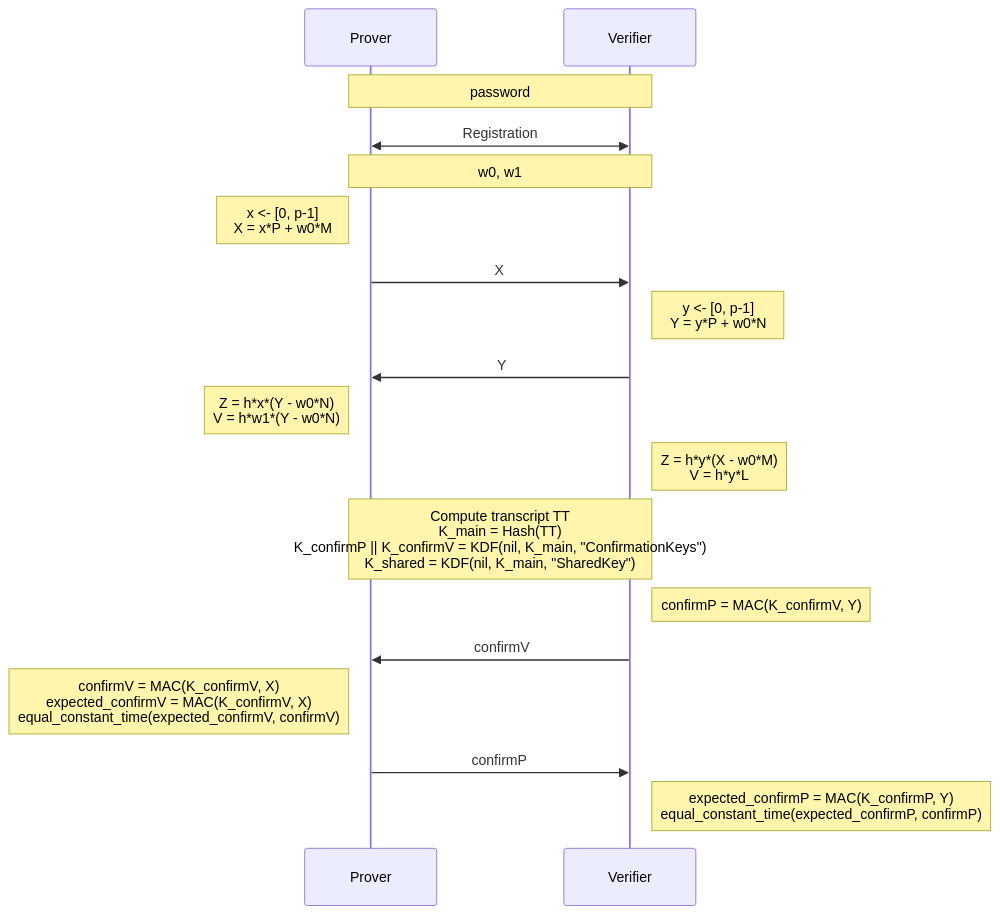
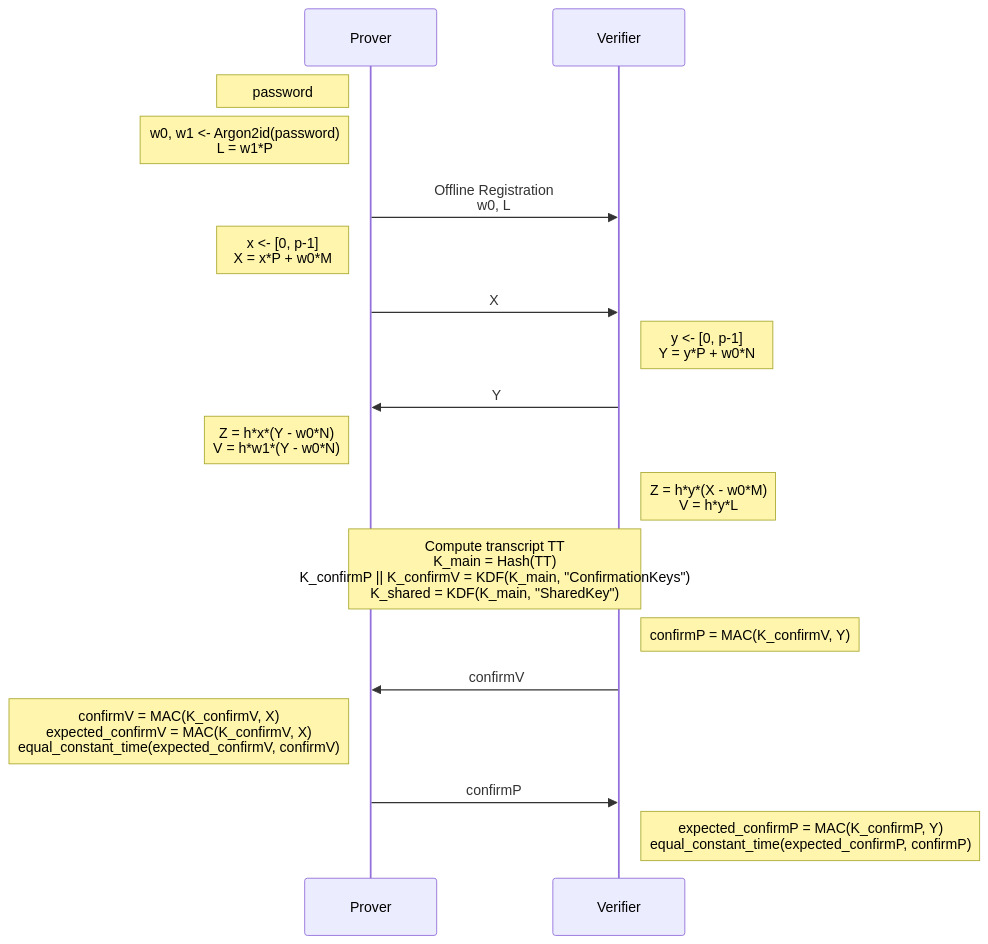
Before and after one commit to jiep/spake2plus: the diagram in README.md, drawn with Mermaid.

Commit message:
Fix protocol diagram. Closes #39

````diff
--- a/README.md
+++ b/README.md
@@ -35,28 +35,29 @@
 ```mermaid
 
 sequenceDiagram
     participant Prover
     participant Verifier
 
-    Note over Prover, Verifier: password
-    Prover<<->>Verifier: Registration
+    Note left of Prover: password
 
-    Note over Prover, Verifier: w0, w1
+    Note left of Prover: w0, w1 <- Argon2id(password)<br/> L = w1*P
+
+    Prover->>Verifier: Offline Registration<br/>w0, L
 
     Note left of Prover: x <- [0, p-1]<br/>X = x*P + w0*M
     Prover->>Verifier: X
     Note right of Verifier: y <- [0, p-1]<br/>Y = y*P + w0*N
     Verifier->>Prover: Y
     Note left of Prover: Z = h*x*(Y - w0*N)<br/>V = h*w1*(Y - w0*N)
     Note right of Verifier: Z = h*y*(X - w0*M)<br/>V = h*y*L
 
-    Note over Prover,Verifier: Compute transcript TT<br/>K_main = Hash(TT)<br/>K_confirmP || K_confirmV = KDF(nil, K_main, "ConfirmationKeys")<br/>K_shared = KDF(nil, K_main, "SharedKey")
+    Note over Prover,Verifier: Compute transcript TT<br/>K_main = Hash(TT)<br/>K_confirmP || K_confirmV = KDF(K_main, "ConfirmationKeys")<br/>K_shared = KDF(K_main, "SharedKey")
     
     Note right of Verifier: confirmP = MAC(K_confirmV, Y)
 
     Verifier->>Prover: confirmV
     Note left of Prover: confirmV = MAC(K_confirmV, X)<br/>expected_confirmV = MAC(K_confirmV, X)<br/>equal_constant_time(expected_confirmV, confirmV)
     Prover->>Verifier: confirmP
 
     Note right of Verifier: expected_confirmP = MAC(K_confirmP, Y)<br/>equal_constant_time(expected_confirmP, confirmP)
 ```
````
